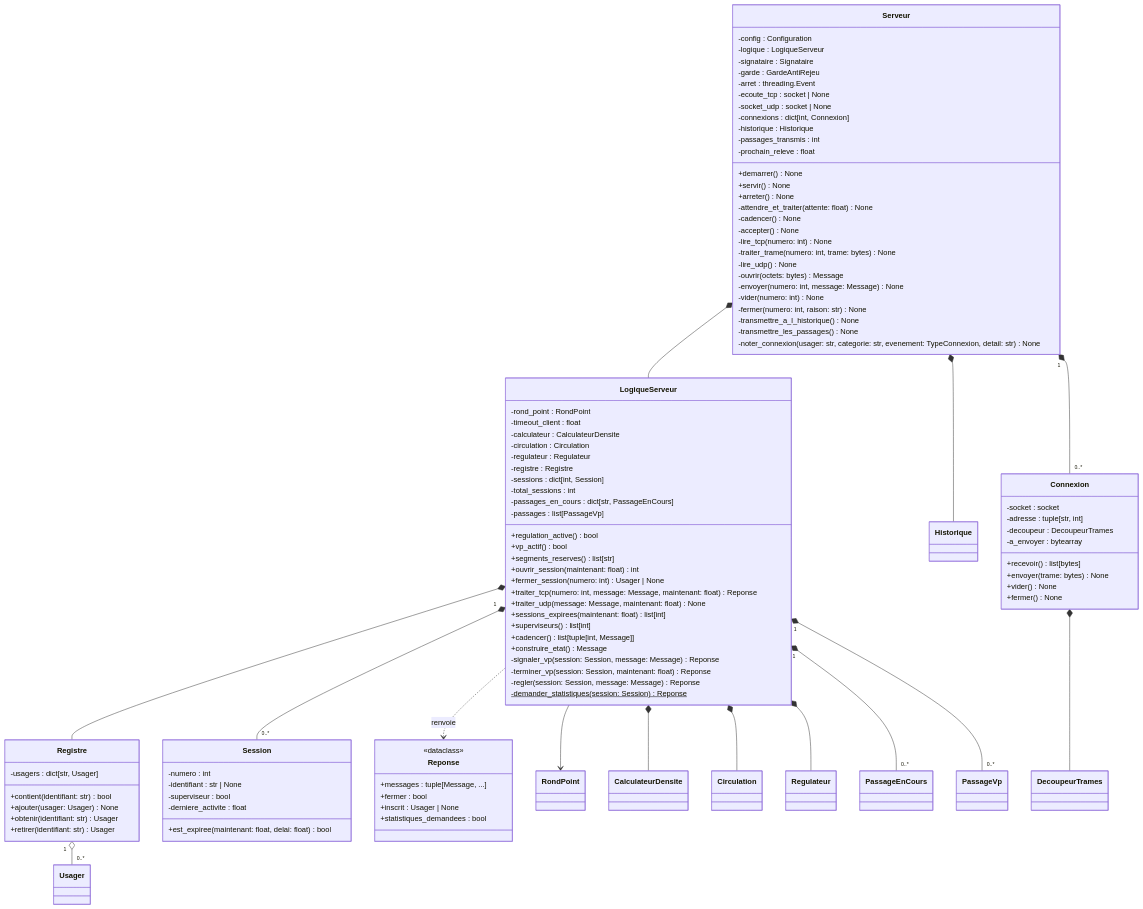
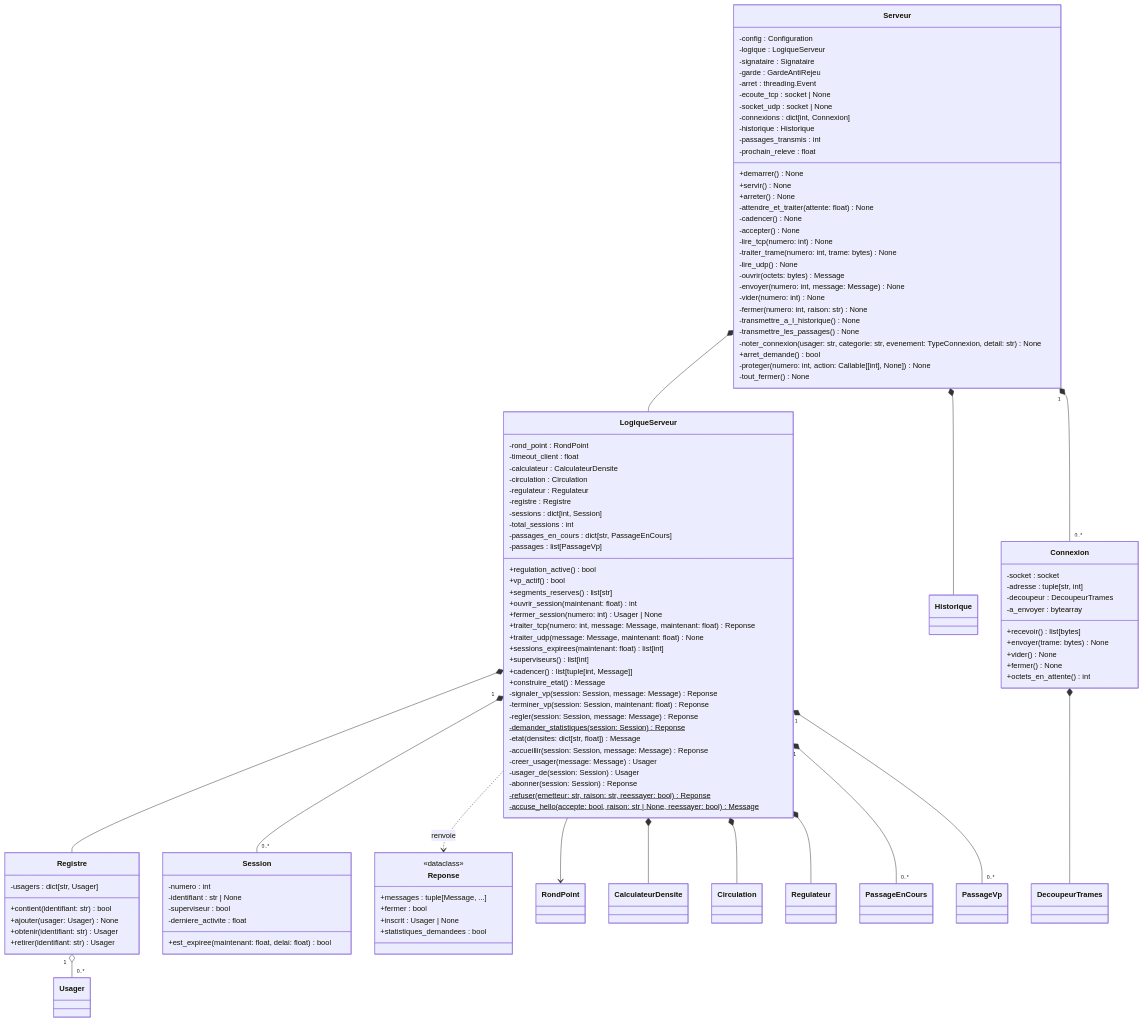
Before and after one commit to vRayzix/SAE3.02_Developper-une-application-communicante: the sixth of 12 diagrams in docs/uml.md, drawn with Mermaid. The commit also changed other lines of this file and 1 other file, not shown here.

First line of the commit message:
docs(uml): diagramme final, membres et dépendances repris du code

```diff
--- a/docs/uml.md
+++ b/docs/uml.md
@@ -435,6 +442,9 @@
         -transmettre_a_l_historique() None
         -transmettre_les_passages() None
         -noter_connexion(usager: str, categorie: str, evenement: TypeConnexion, detail: str) None
+        +arret_demande() bool
+        -proteger(numero: int, action: Callable[[int], None]) None
+        -tout_fermer() None
     }
 
     class Connexion {
@@ -446,6 +456,7 @@
         +envoyer(trame: bytes) None
         +vider() None
         +fermer() None
+        +octets_en_attente() int
     }
 
     class LogiqueServeur {
@@ -474,6 +485,13 @@
         -terminer_vp(session: Session, maintenant: float) Reponse
         -regler(session: Session, message: Message) Reponse
         -demander_statistiques(session: Session) Reponse$
+        -etat(densites: dict[str, float]) Message
+        -accueillir(session: Session, message: Message) Reponse
+        -creer_usager(message: Message) Usager
+        -usager_de(session: Session) Usager
+        -abonner(session: Session) Reponse
+        -refuser(emetteur: str, raison: str, reessayer: bool) Reponse$
+        -accuse_hello(accepte: bool, raison: str | None, reessayer: bool) Message$
     }
 
     class Reponse {
```
